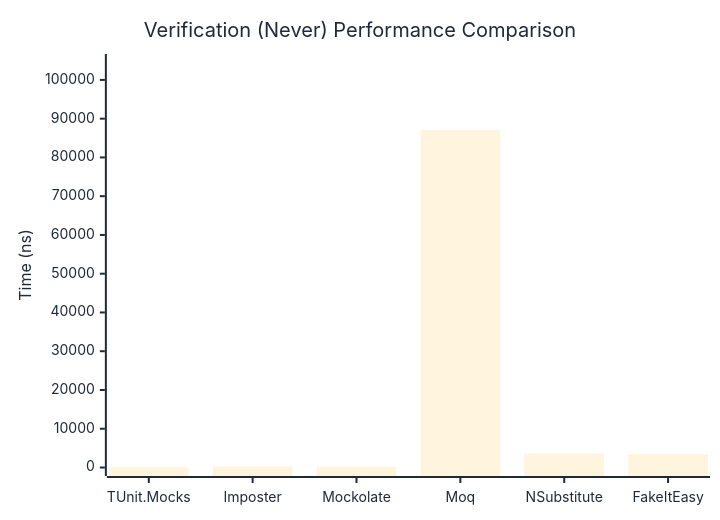
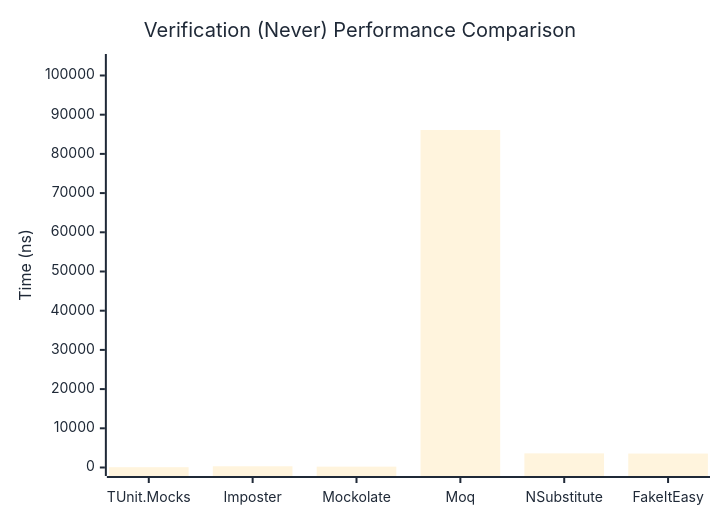
One commit to thomhurst/TUnit changed the second of 3 diagrams in docs/docs/benchmarks/mocks/Verification.md. Above: the diagram before and after it, drawn with Mermaid. The commit also changed other lines of this file and 14 other files, not shown here.

````diff
--- a/docs/docs/benchmarks/mocks/Verification.md
+++ b/docs/docs/benchmarks/mocks/Verification.md
@@ -69,27 +69,27 @@
 ```mermaid
 %%{init: {
   'theme':'base',
   'themeVariables': {
     'primaryColor': '#2563eb',
     'primaryTextColor': '#1f2937',
     'primaryBorderColor': '#1e40af',
     'lineColor': '#6b7280',
     'secondaryColor': '#7c3aed',
     'tertiaryColor': '#dc2626',
     'background': '#ffffff',
     'pie1': '#2563eb',
     'pie2': '#7c3aed',
     'pie3': '#dc2626',
     'pie4': '#f59e0b',
     'pie5': '#10b981',
     'pie6': '#06b6d4',
     'pie7': '#ec4899',
     'pie8': '#6366f1'
   }
 }}%%
 xychart-beta
   title "Verification (Never) Performance Comparison"
   x-axis ["TUnit.Mocks", "Imposter", "Mockolate", "Moq", "NSubstitute", "FakeItEasy"]
-  y-axis "Time (ns)" 0 --> 104493
-  bar [84.48, 337.65, 225.18, 87077.29, 3594.29, 3489.27]
+  y-axis "Time (ns)" 0 --> 103313
+  bar [79.82, 311.55, 220.02, 86094.1, 3609.8, 3558.9]
 ```
````
